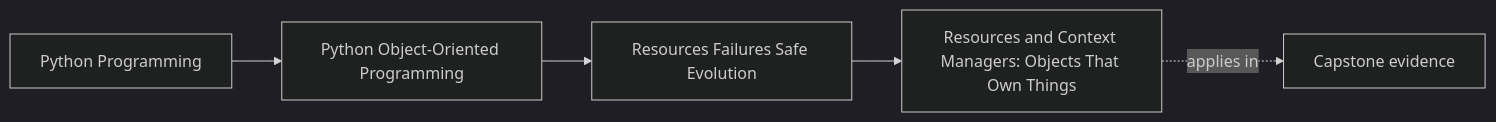
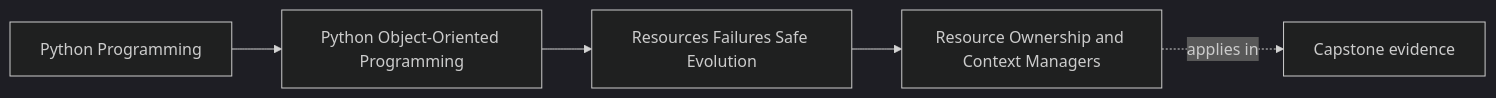
Before and after one commit to bijux/bijux-masterclass: the first of 2 diagrams in programs/python-programming/python-object-oriented-programming/course-book/module-05-resources-failures-safe-evolution/resource-ownership-and-context-managers.md, drawn with Mermaid (dark theme). The commit also changed other lines of this file, not shown here.

Commit message:
docs(oop): assign deterministic lifetime ownership

````diff
--- a/programs/python-programming/python-object-oriented-programming/course-book/module-05-resources-failures-safe-evolution/resource-ownership-and-context-managers.md
+++ b/programs/python-programming/python-object-oriented-programming/course-book/module-05-resources-failures-safe-evolution/resource-ownership-and-context-managers.md
@@ -7,11 +6,11 @@
 ```mermaid
 graph LR
   family["Python Programming"]
   program["Python Object-Oriented Programming"]
   section["Resources Failures Safe Evolution"]
-  page["Resources and Context Managers: Objects That Own Things"]
+  page["Resource Ownership and Context Managers"]
   capstone["Capstone evidence"]
 
   family --> program --> section --> page
   page -.applies in.-> capstone
 ```
````
